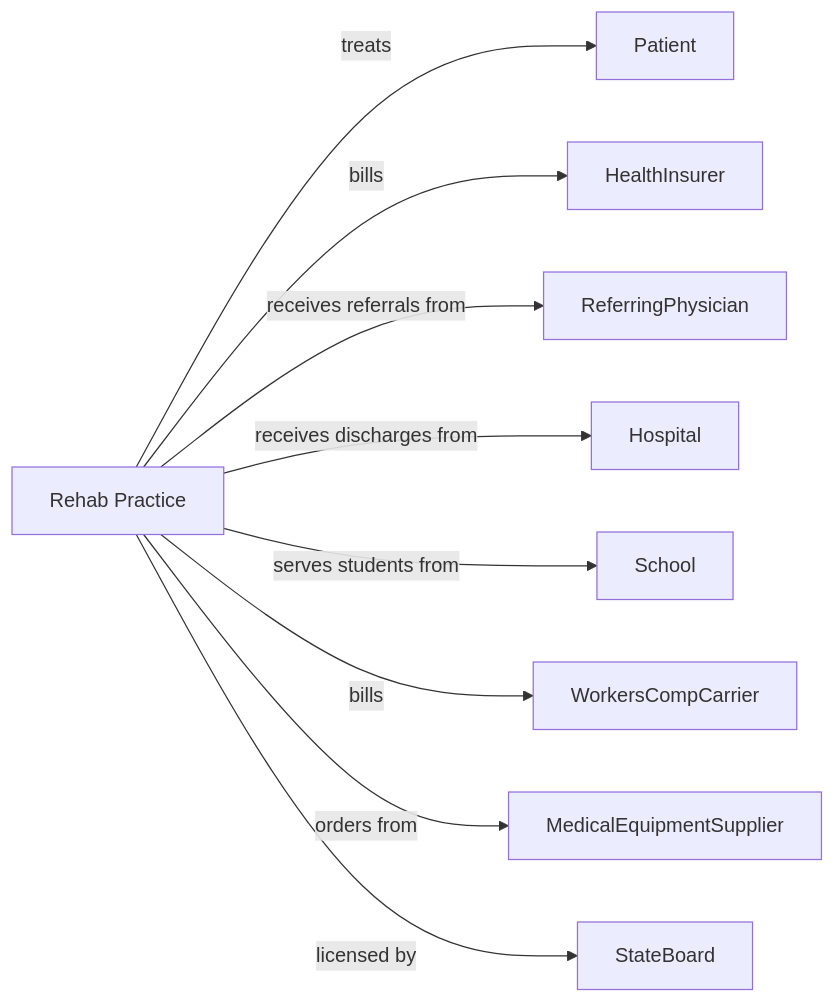
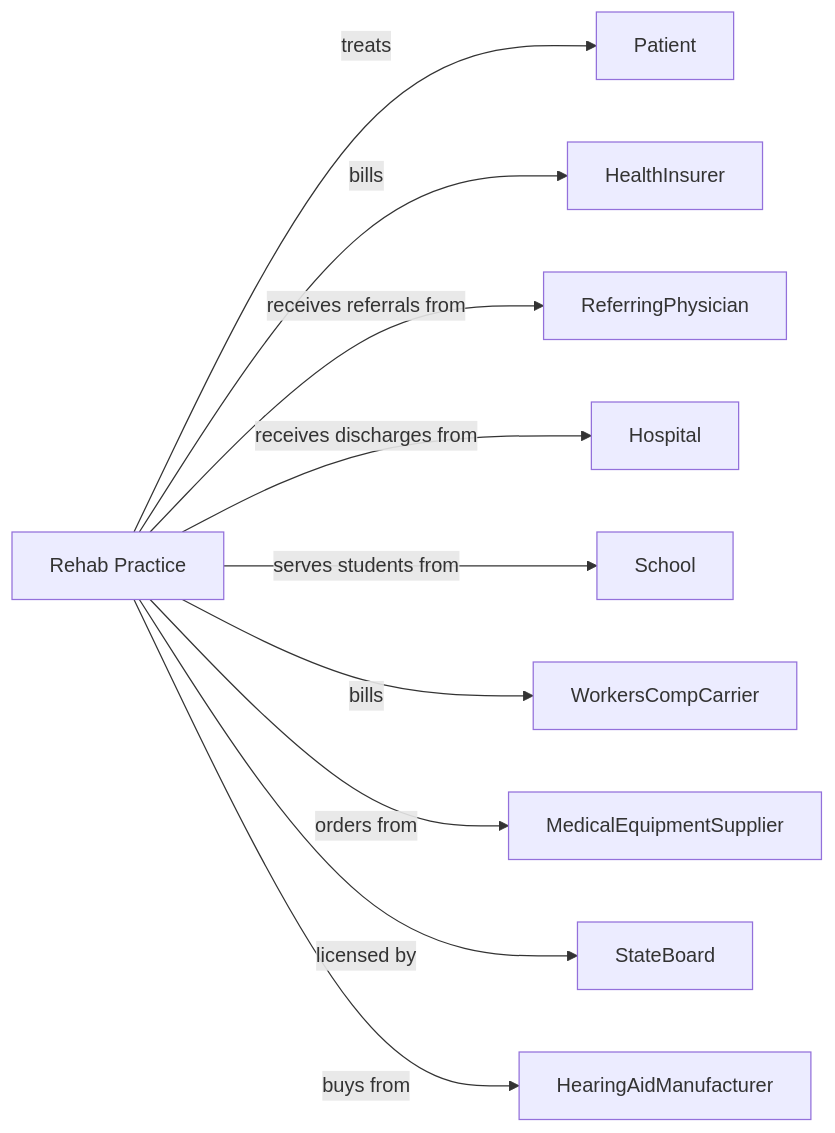
One commit to dot-org-ai/industries.org.ai changed the second of 2 diagrams in HealthCare/AmbulatoryHealthCareServices/OfficesOfOtherHealthPractitioners/OfficesOfPhysicalOccupationalAndSpeechTherapistsAndAudiologists.mdx. Above: the diagram before and after it, drawn with Mermaid. The commit also changed other lines of this file and 588 other files, not shown here.

````diff
--- a/HealthCare/AmbulatoryHealthCareServices/OfficesOfOtherHealthPractitioners/OfficesOfPhysicalOccupationalAndSpeechTherapistsAndAudiologists.mdx
+++ b/HealthCare/AmbulatoryHealthCareServices/OfficesOfOtherHealthPractitioners/OfficesOfPhysicalOccupationalAndSpeechTherapistsAndAudiologists.mdx
@@ -143,13 +143,14 @@
 ```mermaid
 graph LR
     R[Rehab Practice]
 
     R -->|treats| Patient
     R -->|bills| HealthInsurer
     R -->|receives referrals from| ReferringPhysician
     R -->|receives discharges from| Hospital
     R -->|serves students from| School
     R -->|bills| WorkersCompCarrier
     R -->|orders from| MedicalEquipmentSupplier
     R -->|licensed by| StateBoard
+    R -->|buys from| HearingAidManufacturer
 ```
````
